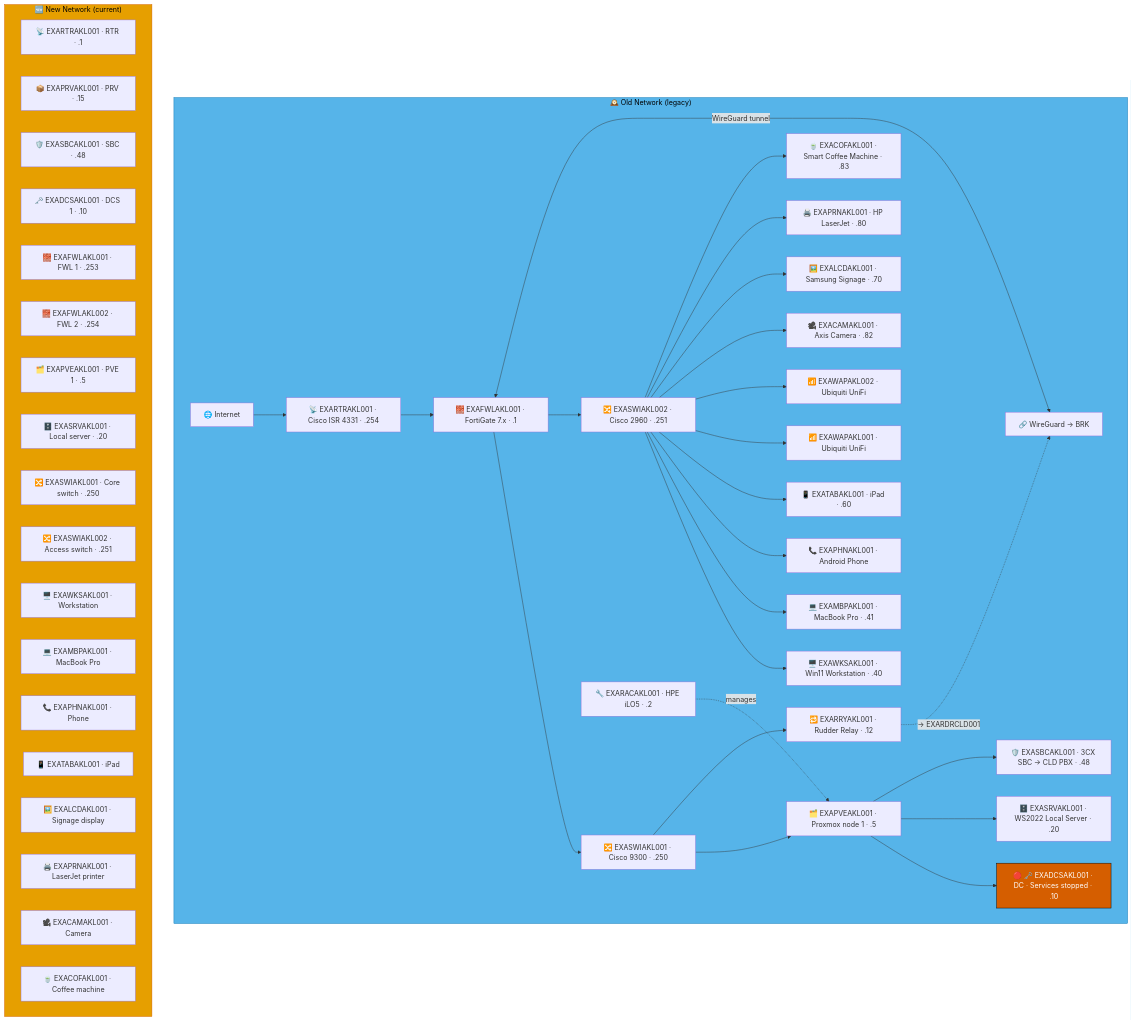
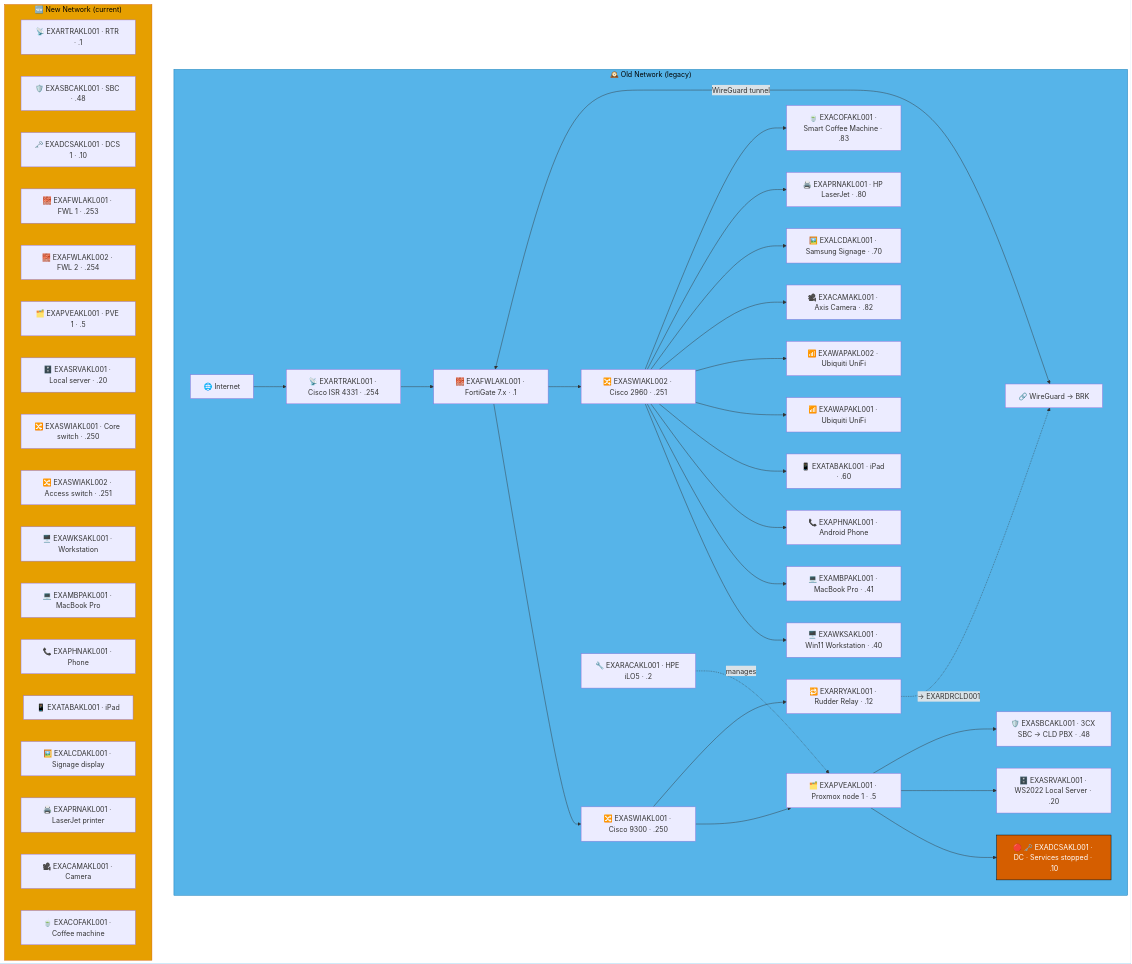
Before and after one commit to knightmare2600/example_music_infra: the diagram in docs/network-diagram/new-zealand.md, drawn with Mermaid. The commit also changed 55 other files, not shown here.

````diff
--- a/docs/network-diagram/new-zealand.md
+++ b/docs/network-diagram/new-zealand.md
@@ -17,63 +17,62 @@
 ```mermaid
 graph TD
     subgraph OLD_AKL ["🕰️ Old Network (legacy)"]
       INET["🌐 Internet"]
       FWL["🧱 EXAFWLAKL001 · FortiGate 7.x · .1"]
       SW1["🔀 EXASWIAKL001 · Cisco 9300 · .250"]
       SW2["🔀 EXASWIAKL002 · Cisco 2960 · .251"]
       RTR["📡 EXARTRAKL001 · Cisco ISR 4331 · .254"]
       RAC["🔧 EXARACAKL001 · HPE iLO5 · .2"]
       PVE["🗂️ EXAPVEAKL001 · Proxmox node 1 · .5"]
       DC["🔴 🗝️ EXADCSAKL001 · DC · Services stopped · .10"]
       SRV["🗄️ EXASRVAKL001 · WS2022 Local Server · .20"]
       SBC["🛡️ EXASBCAKL001 · 3CX SBC → CLD PBX · .48"]
       RRY["🔁 EXARRYAKL001 · Rudder Relay · .12"]
       WKS["🖥️ EXAWKSAKL001 · Win11 Workstation · .40"]
       MBP["💻 EXAMBPAKL001 · MacBook Pro · .41"]
       PHN["📞 EXAPHNAKL001 · Android Phone"]
       TAB["📱 EXATABAKL001 · iPad · .60"]
       WAP1["📶 EXAWAPAKL001 · Ubiquiti UniFi"]
       WAP2["📶 EXAWAPAKL002 · Ubiquiti UniFi"]
       CAM["🎥 EXACAMAKL001 · Axis Camera · .82"]
       LCD["🖼️ EXALCDAKL001 · Samsung Signage · .70"]
       PRN["🖨️ EXAPRNAKL001 · HP LaserJet · .80"]
       COF["🍵 EXACOFAKL001 · Smart Coffee Machine · .83"]
       VPN["🔗 WireGuard → BRK"]
 
       INET --> RTR --> FWL --> SW1 & SW2
       SW1 --> PVE --> DC & SRV & SBC
       RAC -.->|"manages"| PVE
       SW2 --> WKS & MBP & PHN & TAB & WAP1 & WAP2
       SW2 --> CAM & LCD & PRN & COF
       FWL <-->|"WireGuard tunnel"| VPN
 
       SW1 --> RRY
       RRY -. "→ EXARDRCLD001" .-> VPN
     end
     style OLD_AKL fill:#56B4E9,stroke:#0072B2,color:#000000
     %% GENERATED:NEW-NETWORK:AKL:START
     subgraph NEW_AKL ["🆕 New Network (current)"]
       N_RTR["📡 EXARTRAKL001 · RTR · .1"]
-      N_PRV["📦 EXAPRVAKL001 · PRV · .15"]
       N_SBC["🛡️ EXASBCAKL001 · SBC · .48"]
       N_DCS["🗝️ EXADCSAKL001 · DCS 1 · .10"]
       N_FWL["🧱 EXAFWLAKL001 · FWL 1 · .253"]
       N_FWL2["🧱 EXAFWLAKL002 · FWL 2 · .254"]
       N_PVE["🗂️ EXAPVEAKL001 · PVE 1 · .5"]
       N_SRV["🗄️ EXASRVAKL001 · Local server · .20"]
       N_SWI["🔀 EXASWIAKL001 · Core switch · .250"]
       N_SWI2["🔀 EXASWIAKL002 · Access switch · .251"]
       N_WKS["🖥️ EXAWKSAKL001 · Workstation"]
       N_MBP["💻 EXAMBPAKL001 · MacBook Pro"]
       N_PHN["📞 EXAPHNAKL001 · Phone"]
       N_TAB["📱 EXATABAKL001 · iPad"]
       N_LCD["🖼️ EXALCDAKL001 · Signage display"]
       N_PRN["🖨️ EXAPRNAKL001 · LaserJet printer"]
       N_CAM["🎥 EXACAMAKL001 · Camera"]
       N_COF["🍵 EXACOFAKL001 · Coffee machine"]
     end
     style NEW_AKL fill:#E69F00,stroke:#D55E00,color:#000000
     %% GENERATED:NEW-NETWORK:AKL:END
     classDef warn fill:#D55E00,stroke:#000000,color:#ffffff
     class DC warn
 ```
````
